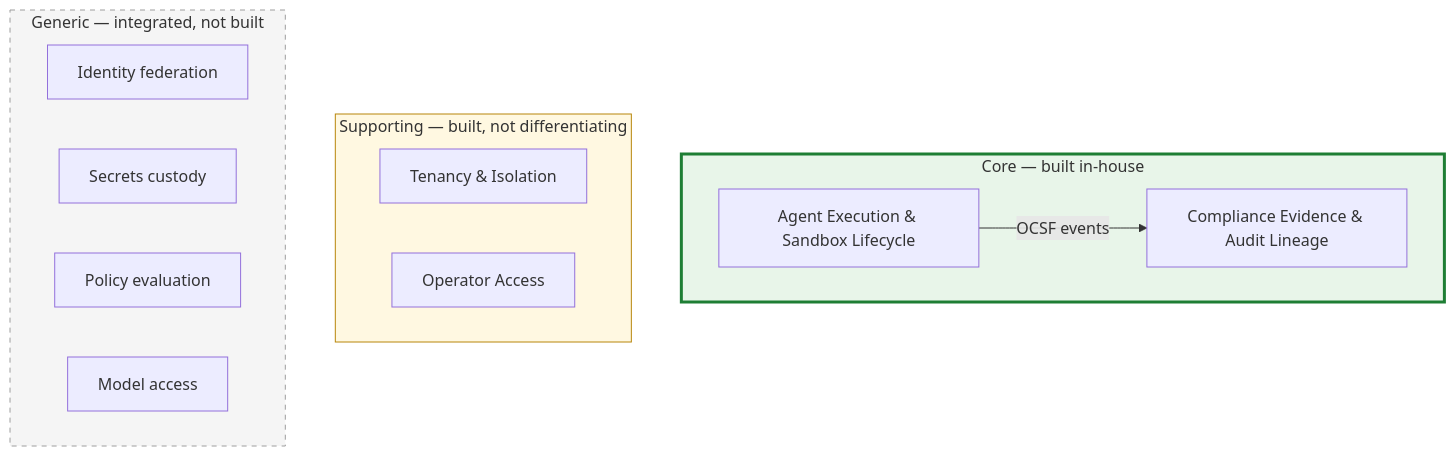
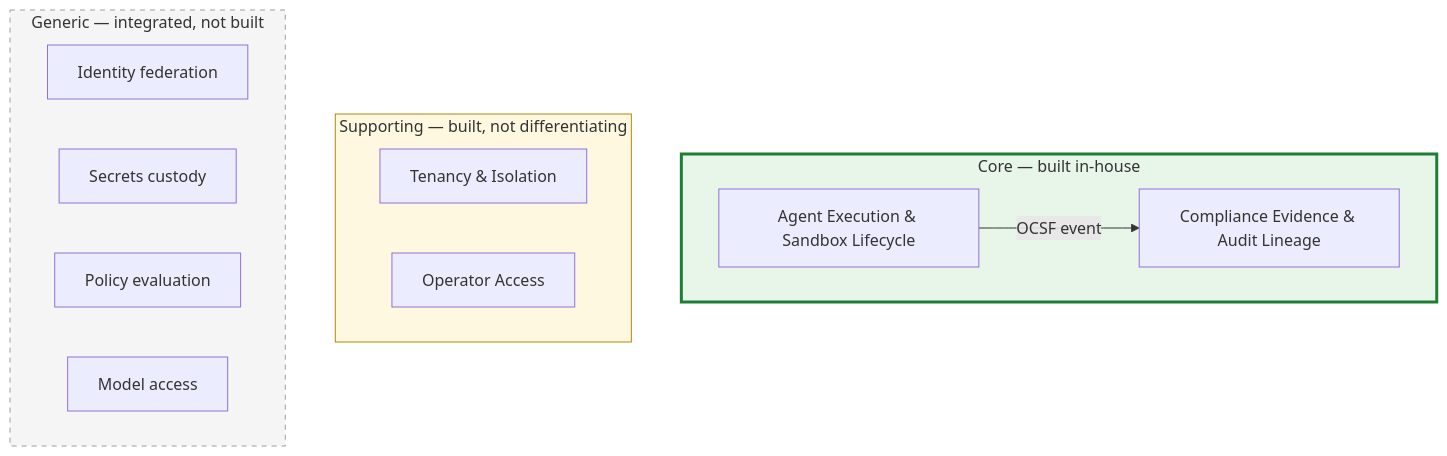
The first of 2 diagrams in docs/architecture/04-bounded-contexts.md (Wide-Moat/open-computer-use), drawn with Mermaid before and after one commit. The commit also changed other lines of this file and 1 other file, not shown here.

First line of the commit message:
docs(architecture): Layer 5 review batch — fix model-edge canon contradiction

````diff
--- a/docs/architecture/04-bounded-contexts.md
+++ b/docs/architecture/04-bounded-contexts.md
@@ -21,21 +21,21 @@
 ```mermaid
 flowchart TB
     subgraph CORE["Core — built in-house"]
         AEX["Agent Execution &amp; Sandbox Lifecycle"]
         CEV["Compliance Evidence &amp; Audit Lineage"]
     end
     subgraph SUP["Supporting — built, not differentiating"]
         TEN["Tenancy &amp; Isolation"]
         OPA["Operator Access"]
     end
     subgraph GEN["Generic — integrated, not built"]
         IDF["Identity federation"]
         SEC["Secrets custody"]
         POL["Policy evaluation"]
         MOD["Model access"]
     end
-    AEX -->|"OCSF events"| CEV
+    AEX -->|"OCSF event"| CEV
     style CORE fill:#e8f5e9,stroke:#1e7e34,stroke-width:3px
     style SUP fill:#fff8e1,stroke:#b8860b
     style GEN fill:#f5f5f5,stroke:#9e9e9e,stroke-dasharray:5 5
 ```
````
